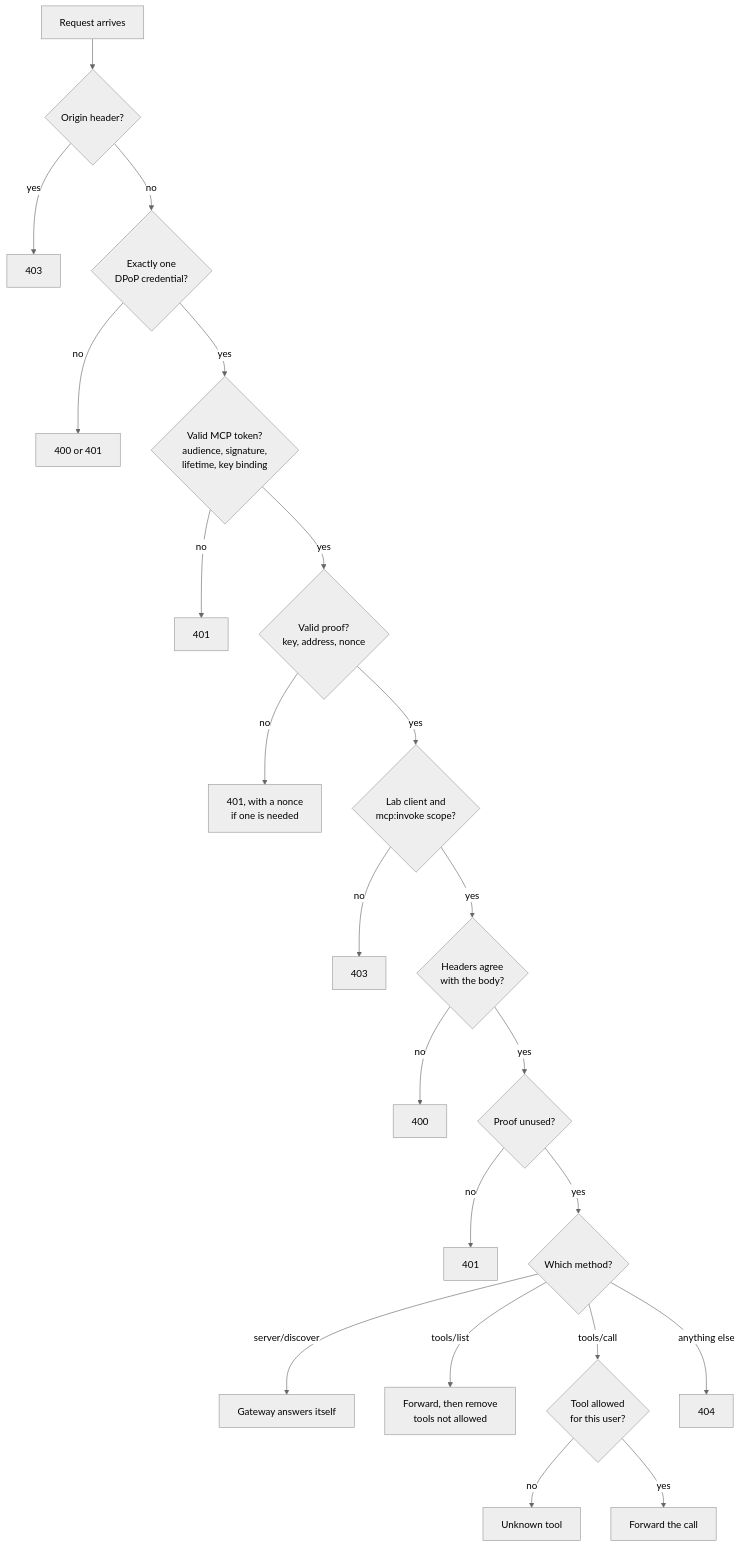
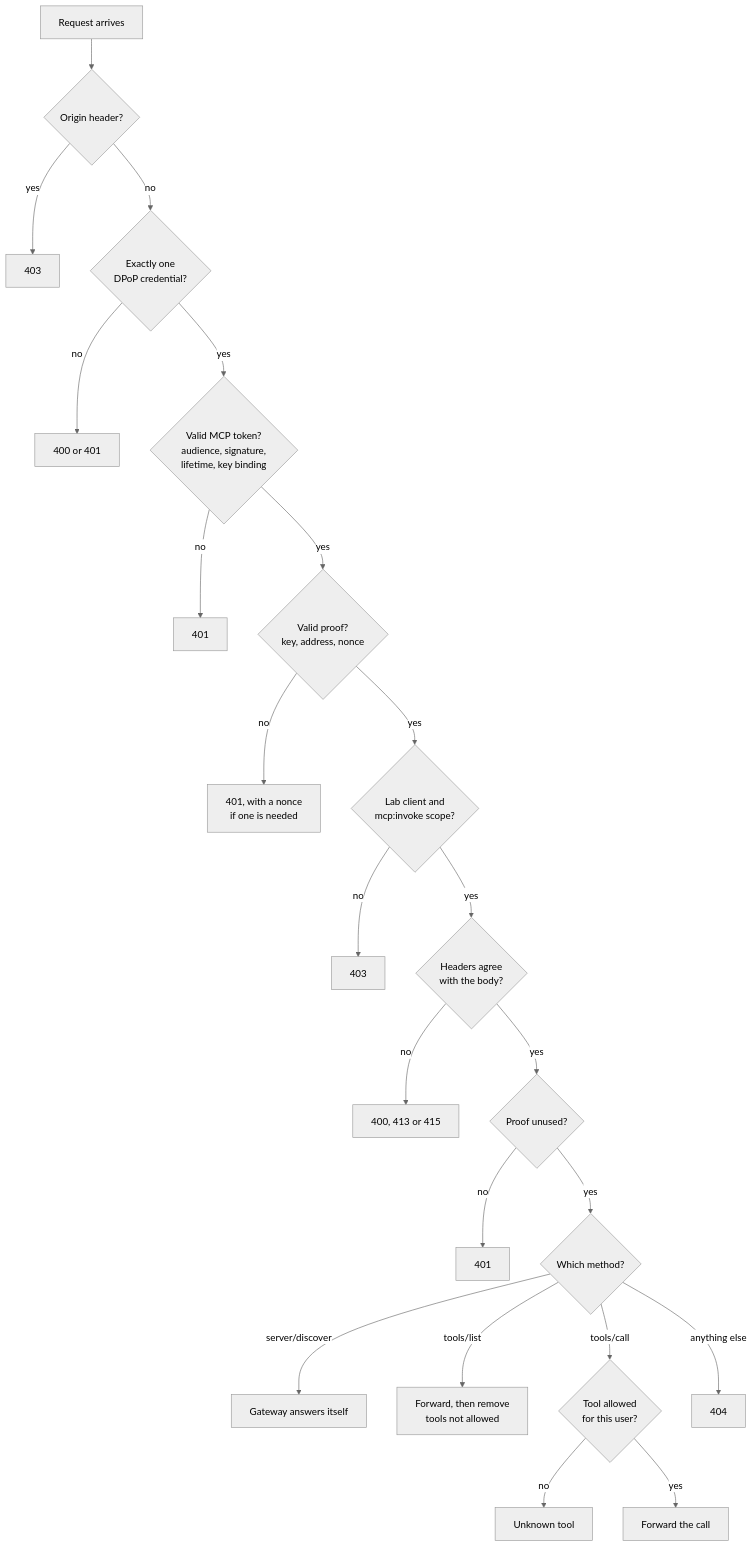
One commit to chief-builder/secure-claude-code-mcp-llm-gateway changed the third of 3 diagrams in docs/concepts/mcp-gateway.md. Above: the diagram before and after it, drawn with Mermaid (neutral theme). The commit also changed other lines of this file and 4 other files, not shown here.

````diff
--- a/docs/concepts/mcp-gateway.md
+++ b/docs/concepts/mcp-gateway.md
@@ -52,24 +52,24 @@
 ```mermaid
 flowchart TD
     R["Request arrives"] --> O{"Origin header?"}
     O -->|"yes"| X1["403"]
     O -->|"no"| K{"Exactly one<br/>DPoP credential?"}
     K -->|"no"| X2["400 or 401"]
     K -->|"yes"| T{"Valid MCP token?<br/>audience, signature,<br/>lifetime, key binding"}
     T -->|"no"| X3["401"]
     T -->|"yes"| P{"Valid proof?<br/>key, address, nonce"}
     P -->|"no"| X4["401, with a nonce<br/>if one is needed"]
     P -->|"yes"| S{"Lab client and<br/>mcp:invoke scope?"}
     S -->|"no"| X5["403"]
     S -->|"yes"| H{"Headers agree<br/>with the body?"}
-    H -->|"no"| X6["400"]
+    H -->|"no"| X6["400, 413 or 415"]
     H -->|"yes"| Y{"Proof unused?"}
     Y -->|"no"| X7["401"]
     Y -->|"yes"| M{"Which method?"}
     M -->|"server/discover"| D["Gateway answers itself"]
     M -->|"tools/list"| L["Forward, then remove<br/>tools not allowed"]
     M -->|"tools/call"| A{"Tool allowed<br/>for this user?"}
     M -->|"anything else"| X8["404"]
     A -->|"no"| X9["Unknown tool"]
     A -->|"yes"| F["Forward the call"]
 ```
````
